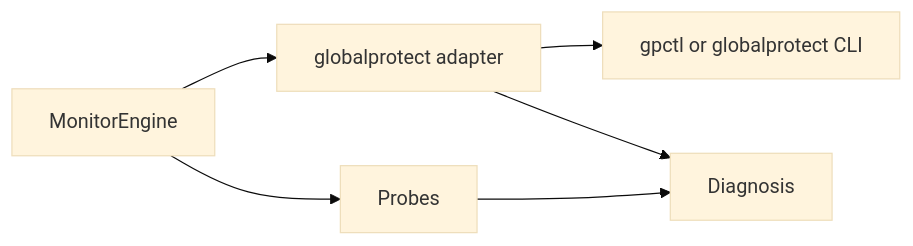
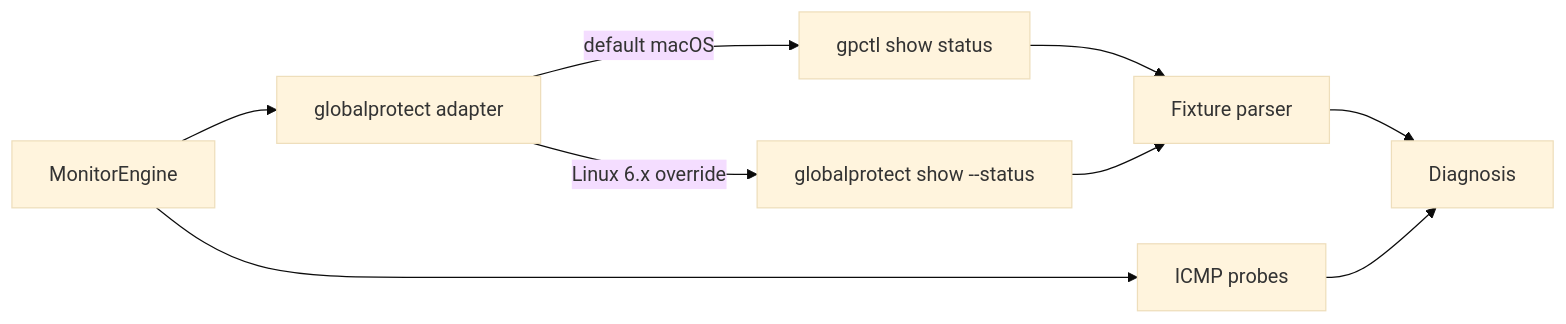
Before and after one commit to roto31/Tunnel-Monitor---Universal: the fourth of 4 diagrams in docs/vpn-solutions/palo-alto-globalprotect.md, drawn with Mermaid (base theme). The commit also changed other lines of this file and 25 other files, not shown here.

First line of the commit message:
Docs: add vendor citations, topology SVGs, and updated Mermaid.

````diff
--- a/docs/vpn-solutions/palo-alto-globalprotect.md
+++ b/docs/vpn-solutions/palo-alto-globalprotect.md
@@ -53,8 +70,11 @@
 ```mermaid
 flowchart LR
     E[MonitorEngine] --> A[globalprotect adapter]
-    A --> CLI[gpctl or globalprotect CLI]
-    E --> P[Probes]
-    A --> D[Diagnosis]
-    P --> D
+    A -->|default macOS| GPCTL[gpctl show status]
+    A -->|Linux 6.x override| GPCMD[globalprotect show --status]
+    GPCTL --> PARSER[Fixture parser]
+    GPCMD --> PARSER
+    E --> PR[ICMP probes]
+    PARSER --> D[Diagnosis]
+    PR --> D
 ```
````
